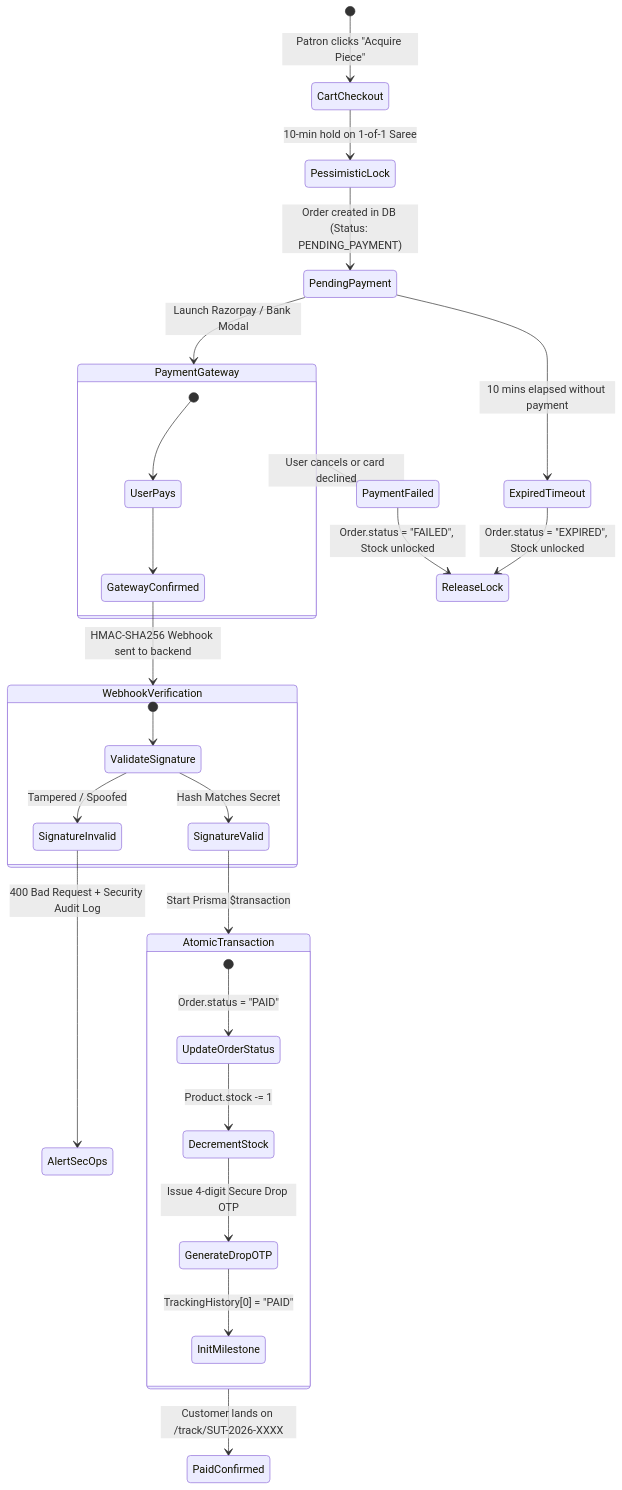
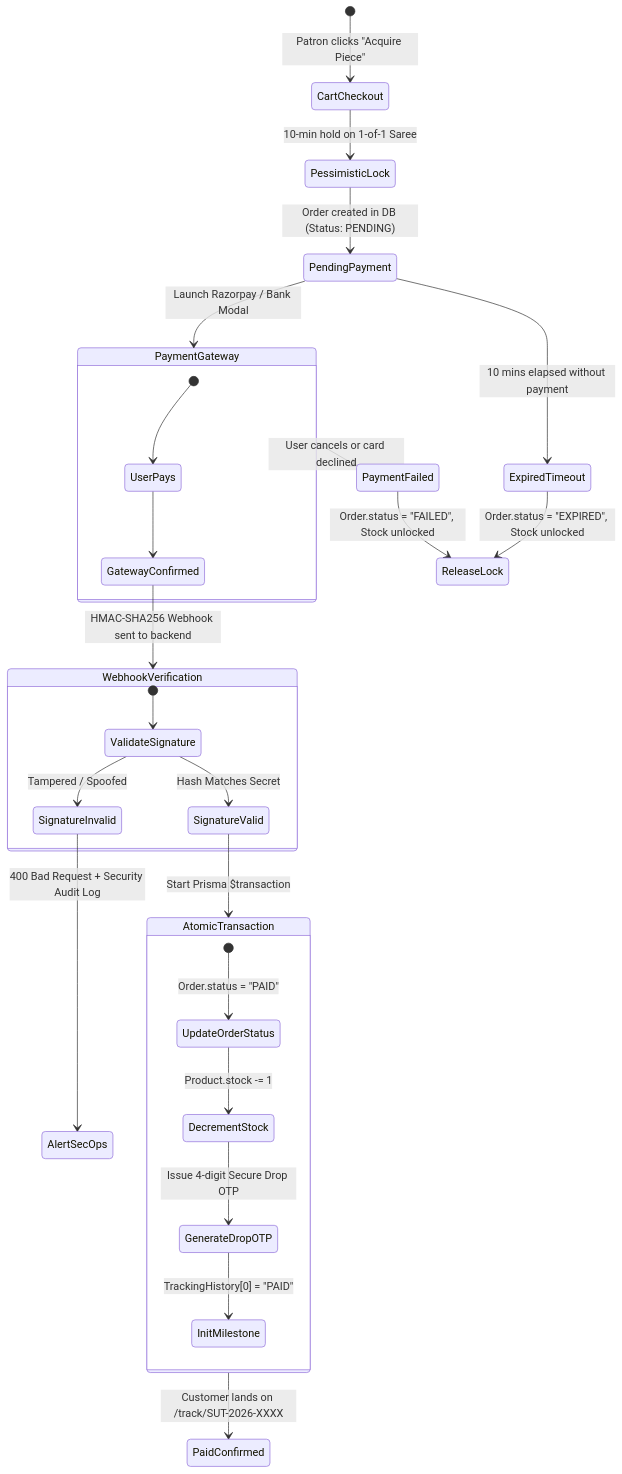
Before and after one commit to mspurushothama2011/sutradara: the diagram in docs/PAYMENT_AND_LOGISTICS_INTEGRATION_SPEC.md, drawn with Mermaid. The commit also changed other lines of this file and 416 other files, not shown here.

````diff
--- a/docs/PAYMENT_AND_LOGISTICS_INTEGRATION_SPEC.md
+++ b/docs/PAYMENT_AND_LOGISTICS_INTEGRATION_SPEC.md
@@ -23,40 +23,40 @@
 ```mermaid
 stateDiagram-v2
     [*] --> CartCheckout: Patron clicks "Acquire Piece"
     CartCheckout --> PessimisticLock: 10-min hold on 1-of-1 Saree
-    PessimisticLock --> PendingPayment: Order created in DB (Status: PENDING_PAYMENT)
+    PessimisticLock --> PendingPayment: Order created in DB (Status: PENDING)
     
     PendingPayment --> PaymentGateway: Launch Razorpay / Bank Modal
     
     state PaymentGateway {
         [*] --> UserPays
         UserPays --> GatewayConfirmed
     }
     
     GatewayConfirmed --> WebhookVerification: HMAC-SHA256 Webhook sent to backend
     
     state WebhookVerification {
         [*] --> ValidateSignature
         ValidateSignature --> SignatureValid: Hash Matches Secret
         ValidateSignature --> SignatureInvalid: Tampered / Spoofed
     }
     
     SignatureInvalid --> AlertSecOps: 400 Bad Request + Security Audit Log
     
     SignatureValid --> AtomicTransaction: Start Prisma $transaction
     
     state AtomicTransaction {
         [*] --> UpdateOrderStatus: Order.status = "PAID"
         UpdateOrderStatus --> DecrementStock: Product.stock -= 1
         DecrementStock --> GenerateDropOTP: Issue 4-digit Secure Drop OTP
         GenerateDropOTP --> InitMilestone: TrackingHistory[0] = "PAID"
     }
     
     AtomicTransaction --> PaidConfirmed: Customer lands on /track/SUT-2026-XXXX
     
     PendingPayment --> ExpiredTimeout: 10 mins elapsed without payment
     PaymentGateway --> PaymentFailed: User cancels or card declined
     
     ExpiredTimeout --> ReleaseLock: Order.status = "EXPIRED", Stock unlocked
     PaymentFailed --> ReleaseLock: Order.status = "FAILED", Stock unlocked
 ```
````
